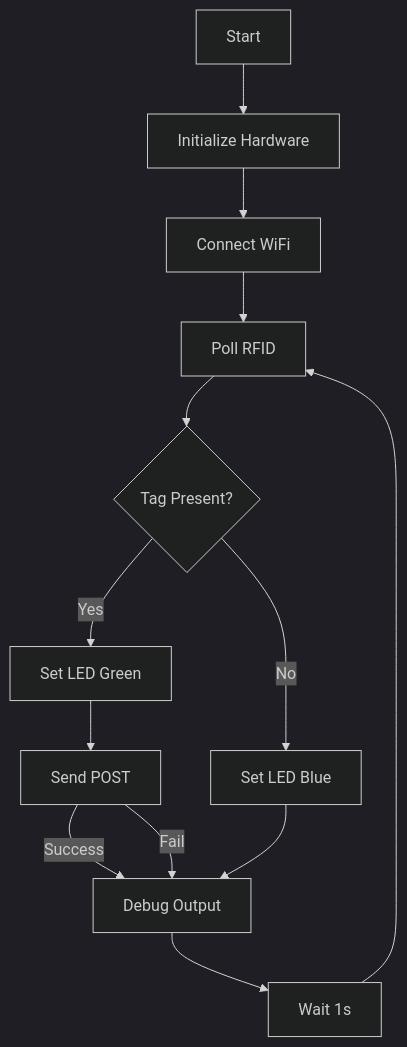
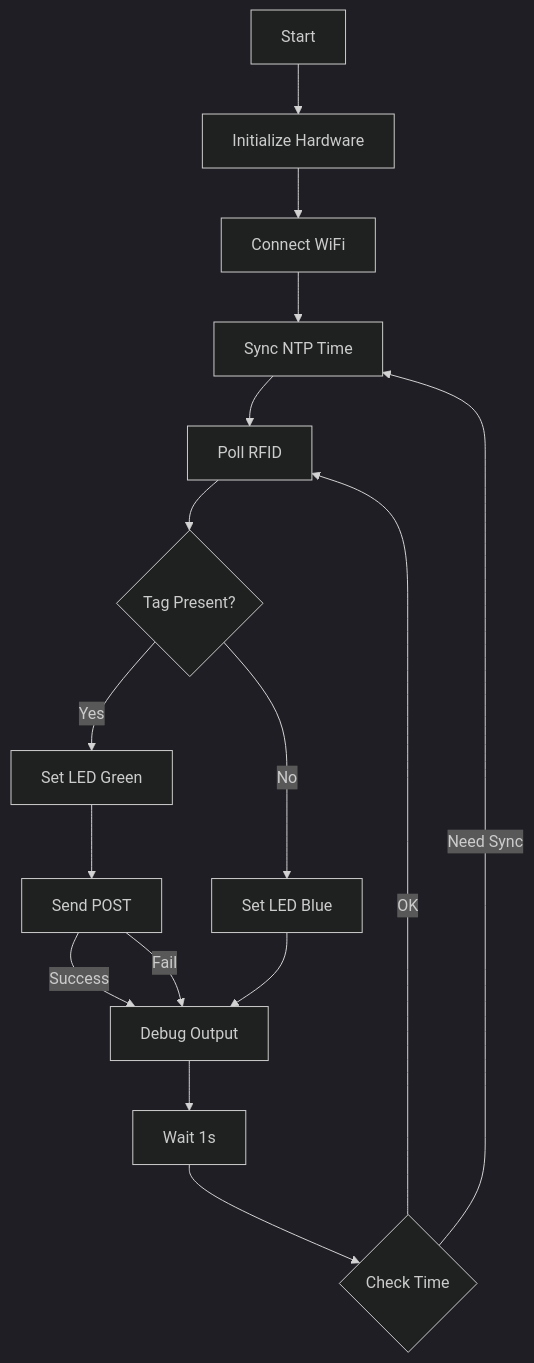
One commit to nicolasdb/M5Stamp-C3U changed the second of 4 diagrams in progress.md. Above: the diagram before and after it, drawn with Mermaid (dark theme). The commit also changed other lines of this file and 5 other files, not shown here.

````diff
--- a/progress.md
+++ b/progress.md
@@ -52,15 +52,18 @@
 ```mermaid
 flowchart TD
     A[Start] --> B[Initialize Hardware]
     B --> C[Connect WiFi]
-    C --> D[Poll RFID]
-    D --> E{Tag Present?}
-    E -->|Yes| F[Set LED Green]
-    E -->|No| G[Set LED Blue]
-    F --> H[Send POST]
-    H -->|Success| I[Debug Output]
-    H -->|Fail| I
-    G --> I
-    I --> J[Wait 1s]
-    J --> D
+    C --> D[Sync NTP Time]
+    D --> E[Poll RFID]
+    E --> F{Tag Present?}
+    F -->|Yes| G[Set LED Green]
+    F -->|No| H[Set LED Blue]
+    G --> I[Send POST]
+    I -->|Success| J[Debug Output]
+    I -->|Fail| J
+    H --> J
+    J --> K[Wait 1s]
+    K --> L{Check Time}
+    L -->|Need Sync| D
+    L -->|OK| E
 ```
````
